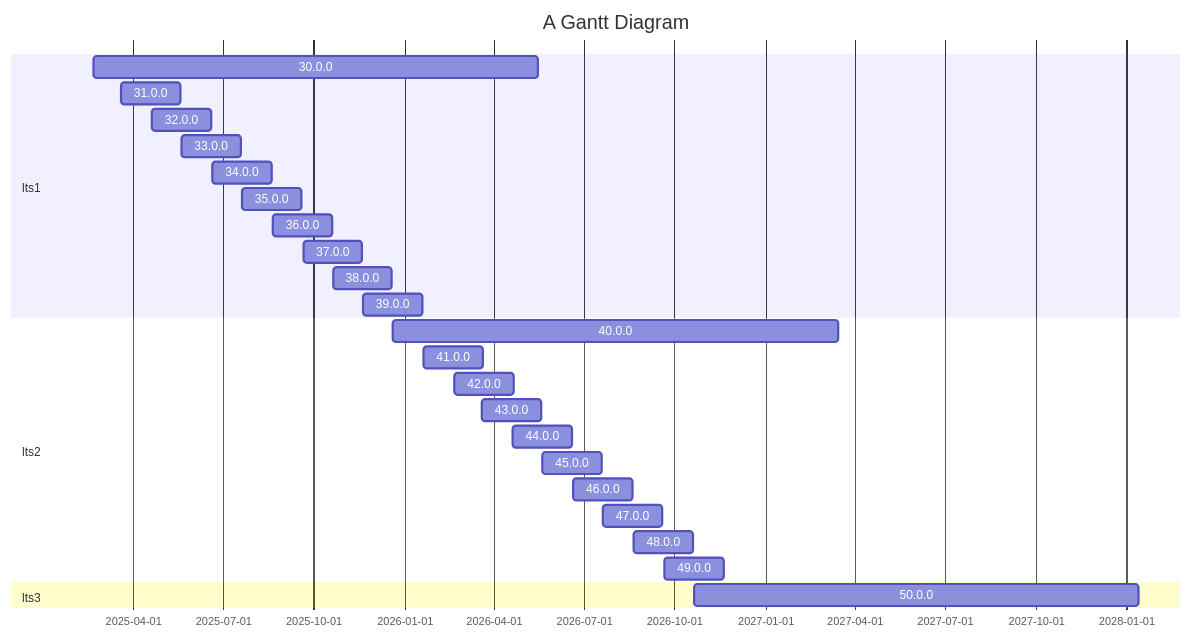
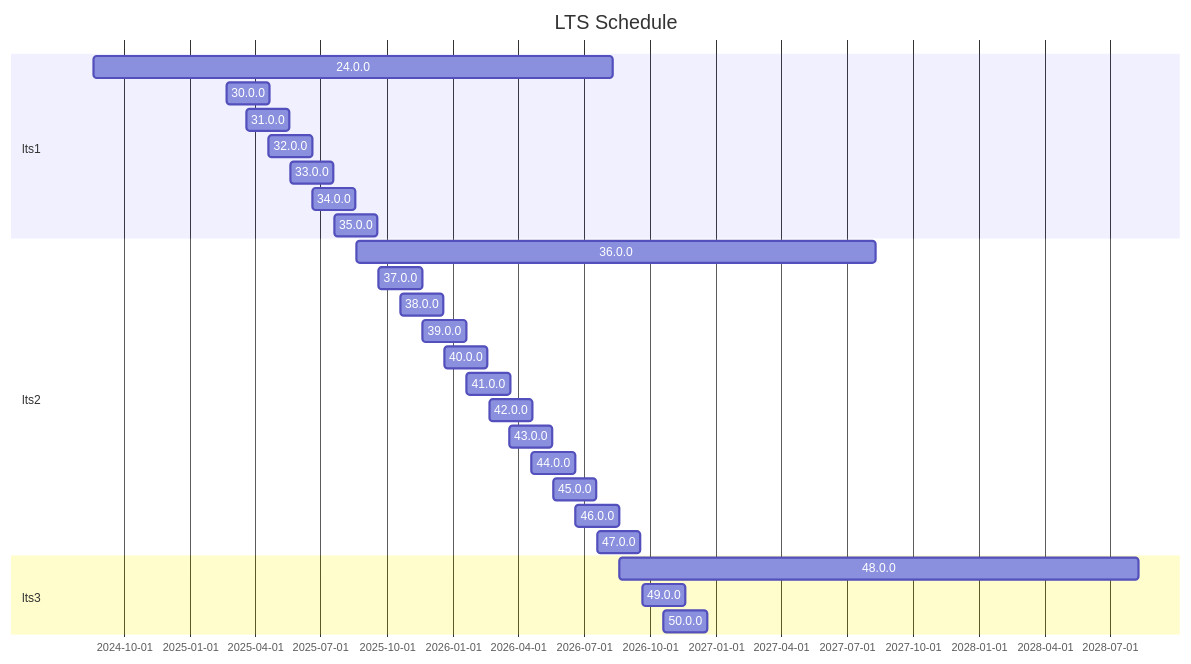
Before and after one commit to bytecodealliance/rfcs: the diagram in accepted/wasmtime-lts.md, drawn with Mermaid. The commit also changed other lines of this file, not shown here.

Commit message:
Adjust to once-a-year support-for-two-years schedule

````diff
--- a/accepted/wasmtime-lts.md
+++ b/accepted/wasmtime-lts.md
@@ -126,29 +127,30 @@
 ```mermaid
 gantt
-    title A Gantt Diagram
+    title LTS Schedule
     dateFormat  YYYY-MM-DD
     section lts1
-    30.0.0           :a1, 2025-02-20, 450d
+    24.0.0           :a1, 2024-08-20, 720d
+    30.0.0           :a1, 2025-02-20, 60d
     31.0.0           :a2, 2025-03-20, 60d
     32.0.0           :a2, 2025-04-20, 60d
     33.0.0           :a2, 2025-05-20, 60d
     34.0.0           :a2, 2025-06-20, 60d
     35.0.0           :a2, 2025-07-20, 60d
-    36.0.0           :a2, 2025-08-20, 60d
+    section lts2
+    36.0.0           :a2, 2025-08-20, 720d
     37.0.0           :a2, 2025-09-20, 60d
     38.0.0           :a2, 2025-10-20, 60d
     39.0.0           :a2, 2025-11-20, 60d
-    section lts2
-    40.0.0           :a1, 2025-12-20, 450d
+    40.0.0           :a1, 2025-12-20, 60d
     41.0.0           :a2, 2026-01-20, 60d
     42.0.0           :a2, 2026-02-20, 60d
     43.0.0           :a2, 2026-03-20, 60d
     44.0.0           :a2, 2026-04-20, 60d
     45.0.0           :a2, 2026-05-20, 60d
     46.0.0           :a2, 2026-06-20, 60d
     47.0.0           :a2, 2026-07-20, 60d
-    48.0.0           :a2, 2026-08-20, 60d
+    section lts3
+    48.0.0           :a2, 2026-08-20, 720d
     49.0.0           :a2, 2026-09-20, 60d
-    section lts3
-    50.0.0           :a1, 2026-10-20, 450d
+    50.0.0           :a1, 2026-10-20, 60d
 ```
````
